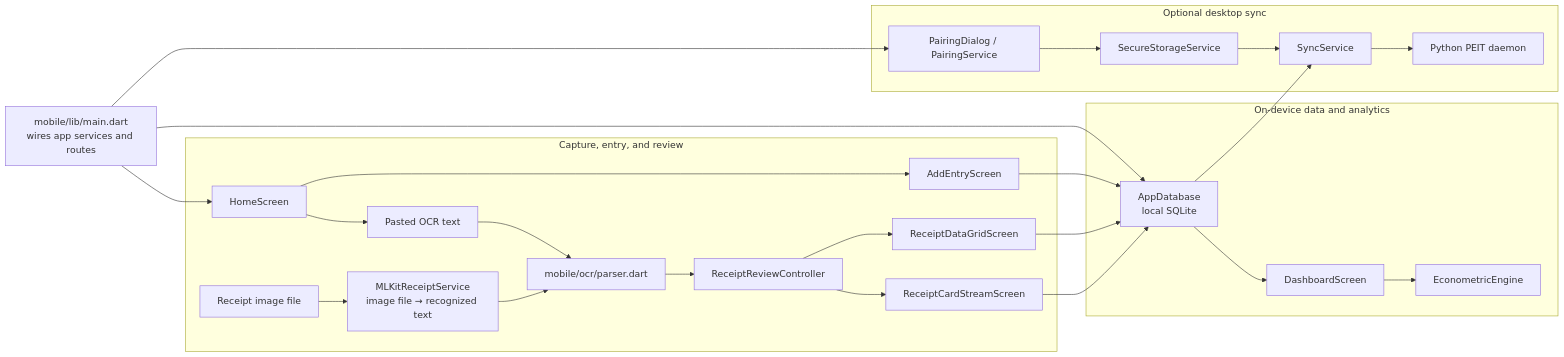
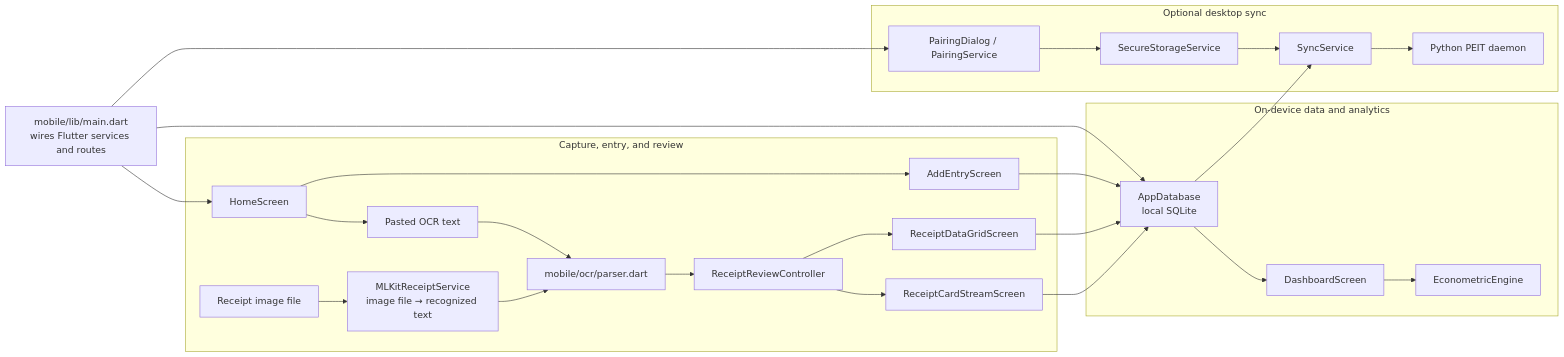
One commit to kentanaka3/PEIT changed the fourth of 6 diagrams in MAP.md. Above: the diagram before and after it, drawn with Mermaid. The commit also changed other lines of this file and 126 other files, not shown here.

````diff
--- a/MAP.md
+++ b/MAP.md
@@ -145,50 +145,50 @@
 ```mermaid
 flowchart LR
-  Main["mobile/lib/main.dart<br/>wires app services and routes"]
+  Main["mobile/lib/main.dart<br/>wires Flutter services and routes"]
 
   subgraph Capture["Capture, entry, and review"]
     Home["HomeScreen"]
     Image["Receipt image file"]
     MLKit["MLKitReceiptService<br/>image file → recognized text"]
     TextEntry["Pasted OCR text"]
     Parser["mobile/ocr/parser.dart"]
     Manual["AddEntryScreen"]
     Review["ReceiptReviewController"]
     Cards["ReceiptCardStreamScreen"]
     Grid["ReceiptDataGridScreen"]
   end
 
   subgraph Local["On-device data and analytics"]
     DB["AppDatabase<br/>local SQLite"]
     Dashboard["DashboardScreen"]
     Engine["EconometricEngine"]
   end
 
   subgraph Sync["Optional desktop sync"]
     Pairing["PairingDialog / PairingService"]
     Storage["SecureStorageService"]
     Push["SyncService"]
     Daemon["Python PEIT daemon"]
   end
 
   Main --> Home
   Main --> DB
   Main --> Pairing
   Image --> MLKit
   Home --> TextEntry
   MLKit --> Parser
   TextEntry --> Parser
   Parser --> Review
   Home --> Manual
   Manual --> DB
   Review --> Cards
   Review --> Grid
   Cards --> DB
   Grid --> DB
   DB --> Dashboard
   Dashboard --> Engine
   DB --> Push
   Pairing --> Storage
   Storage --> Push
   Push --> Daemon
 ```
````
